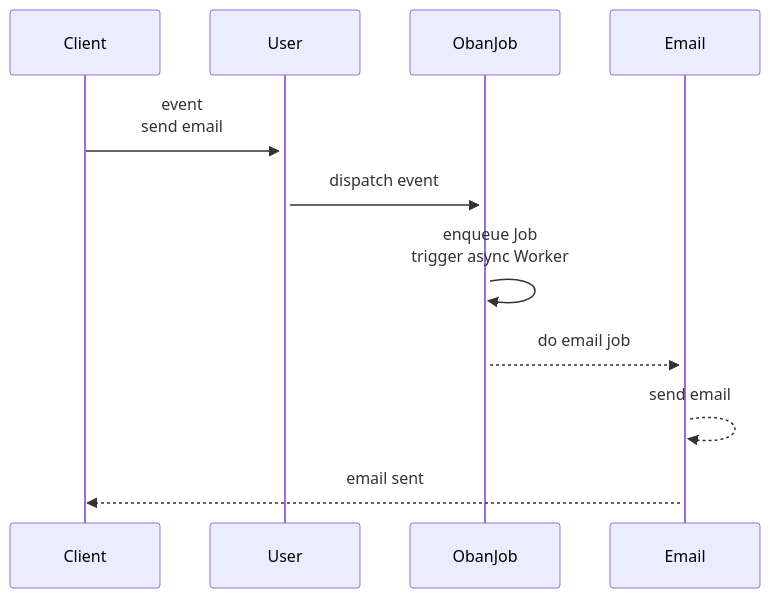
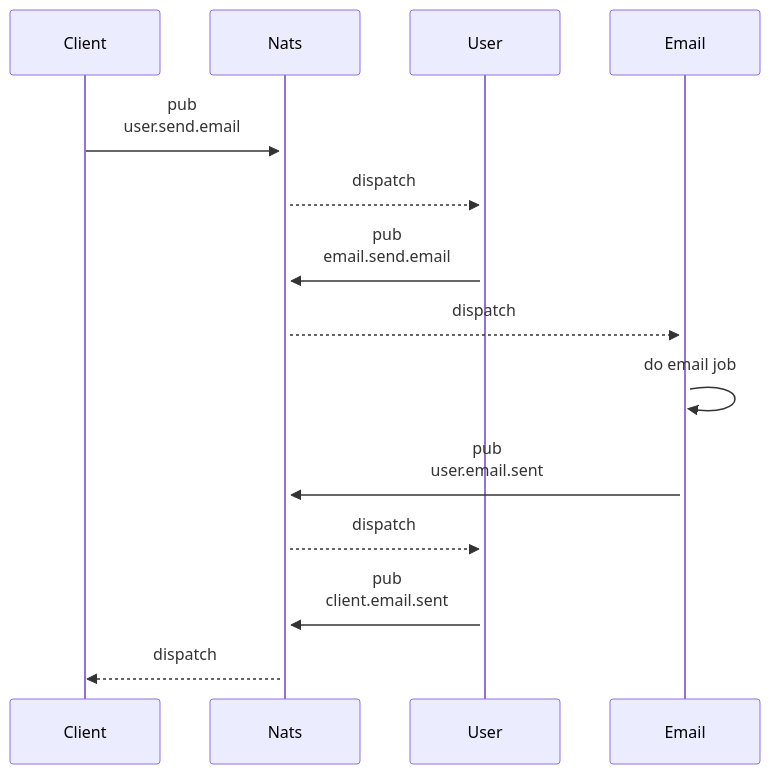
Before and after one commit to dwyl/learn-elixir-microservices-with-natsio-and-opentelemetry: the second of 10 diagrams in README.md, drawn with Mermaid. The commit also changed other lines of this file and 90 other files, not shown here.

````diff
--- a/README.md
+++ b/README.md
@@ -711,9 +756,12 @@
 ```mermaid
 sequenceDiagram
-    Client->>+User: event <br> send email
-    User->>+ObanJob: dispatch event
-    ObanJob ->> ObanJob: enqueue Job <br> trigger async Worker
-    ObanJob-->>+Email: do email job
-    Email -->>Email: send email
-    Email -->>Client: email sent
+    Client->> +Nats: pub <br> user.send.email
+    Nats -->> +User: dispatch
+    User ->> Nats: pub <br> email.send.email
+    Nats -->> +Email: dispatch
+    Email ->> Email: do email job
+    Email ->> Nats: pub <br> user.email.sent
+    Nats -->> User: dispatch 
+    User ->> Nats: pub <br> client.email.sent
+    Nats -->> Client: dispatch
 ```
````
